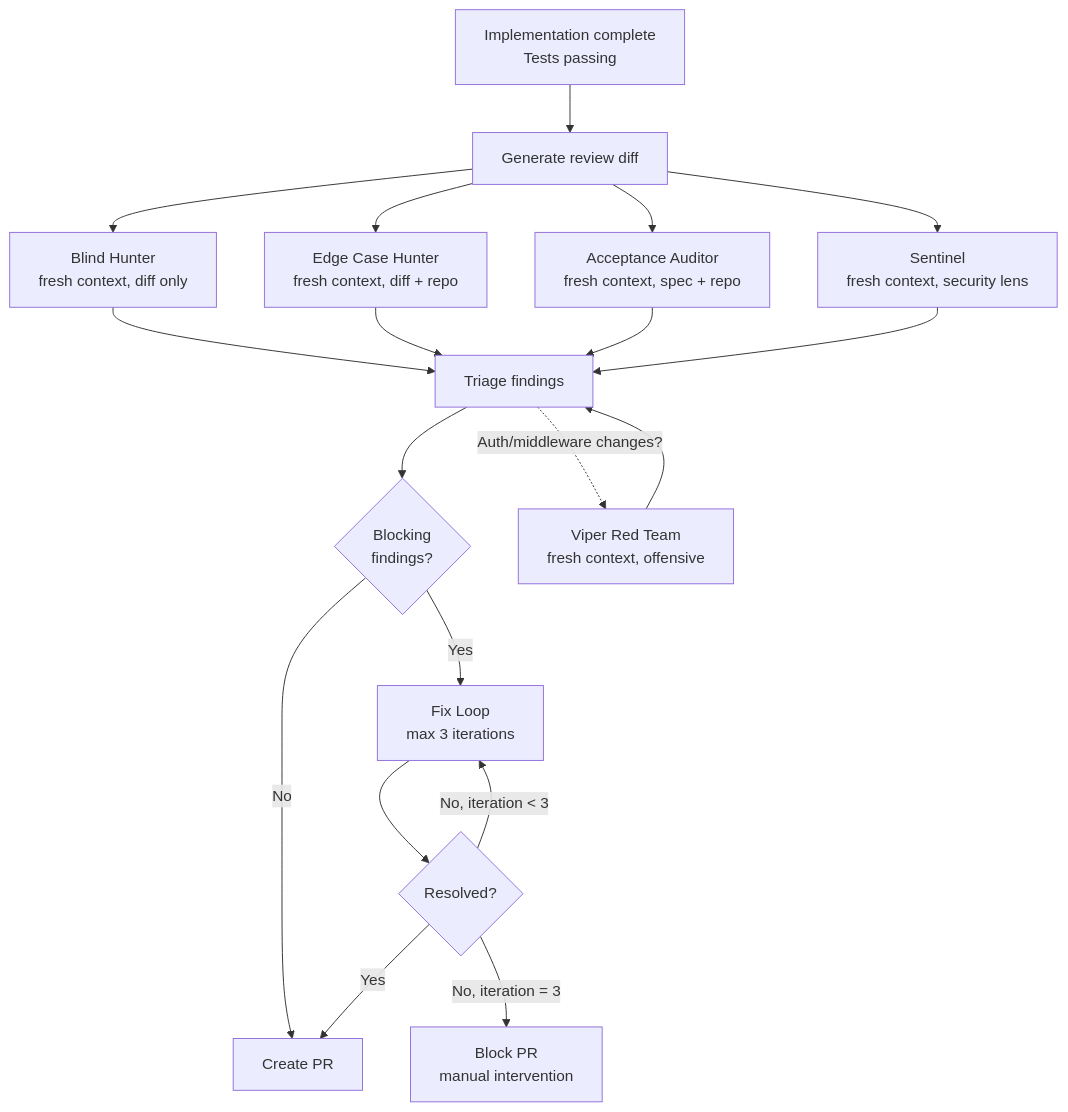
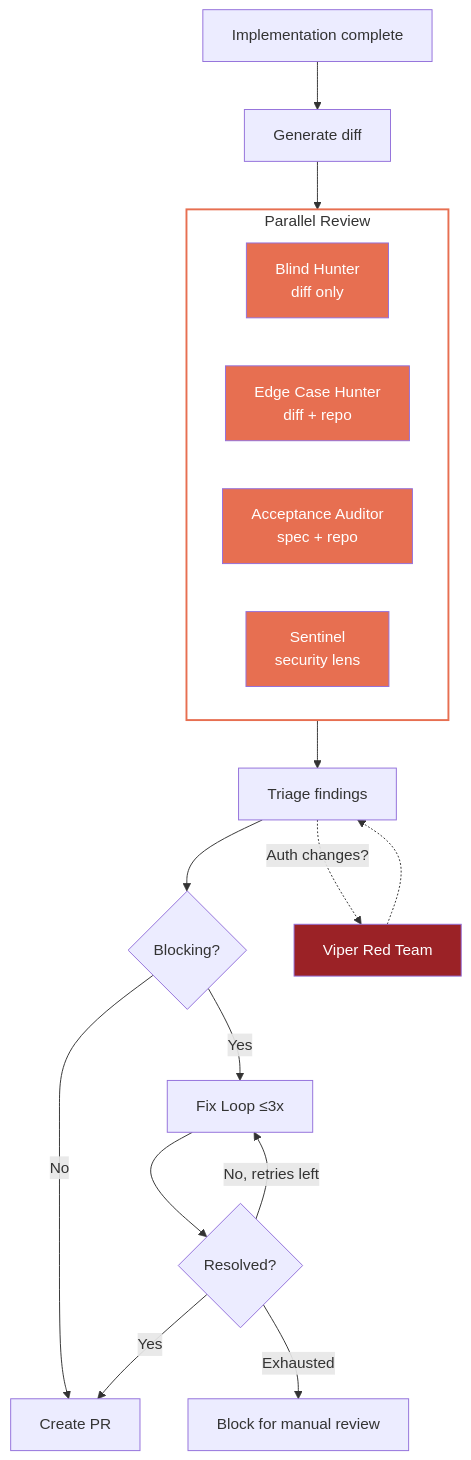
One commit to jamescrowley321/identity-stack-planning changed the diagram in docs/review-process.md. Above: the diagram before and after it, drawn with Mermaid. The commit also changed 4 other files, not shown here.

First line of the commit message:
docs: improve readability of all Mermaid diagrams

````diff
--- a/docs/review-process.md
+++ b/docs/review-process.md
@@ -98,24 +98,31 @@
 ```mermaid
 flowchart TD
-    IMPL[Implementation complete<br/>Tests passing] --> DIFF[Generate review diff]
-    DIFF --> BH[Blind Hunter<br/>fresh context, diff only]
-    DIFF --> ECH[Edge Case Hunter<br/>fresh context, diff + repo]
-    DIFF --> AA[Acceptance Auditor<br/>fresh context, spec + repo]
-    DIFF --> SEN[Sentinel<br/>fresh context, security lens]
+    IMPL[Implementation complete] --> DIFF[Generate diff]
 
-    BH --> TRIAGE[Triage findings]
-    ECH --> TRIAGE
-    AA --> TRIAGE
-    SEN --> TRIAGE
+    subgraph reviewers["Parallel Review"]
+        BH[Blind Hunter<br/>diff only]
+        ECH[Edge Case Hunter<br/>diff + repo]
+        AA[Acceptance Auditor<br/>spec + repo]
+        SEN[Sentinel<br/>security lens]
+    end
 
-    TRIAGE --> CHECK{Blocking<br/>findings?}
+    DIFF --> reviewers
+    reviewers --> TRIAGE[Triage findings]
+
+    TRIAGE --> CHECK{Blocking?}
     CHECK -->|No| PR[Create PR]
-    CHECK -->|Yes| FIX[Fix Loop<br/>max 3 iterations]
+    CHECK -->|Yes| FIX[Fix Loop ≤3x]
     FIX --> RECHECK{Resolved?}
     RECHECK -->|Yes| PR
-    RECHECK -->|No, iteration < 3| FIX
-    RECHECK -->|No, iteration = 3| BLOCK[Block PR<br/>manual intervention]
+    RECHECK -->|No, retries left| FIX
+    RECHECK -->|Exhausted| BLOCK[Block for manual review]
 
-    TRIAGE -.->|Auth/middleware changes?| VIP[Viper Red Team<br/>fresh context, offensive]
-    VIP --> TRIAGE
+    TRIAGE -.->|Auth changes?| VIP[Viper Red Team] -.-> TRIAGE
+
+    style BH fill:#e76f51,color:#fff
+    style ECH fill:#e76f51,color:#fff
+    style AA fill:#e76f51,color:#fff
+    style SEN fill:#e76f51,color:#fff
+    style reviewers fill:none,stroke:#e76f51,stroke-width:2px
+    style VIP fill:#9b2226,color:#fff
 ```
````
